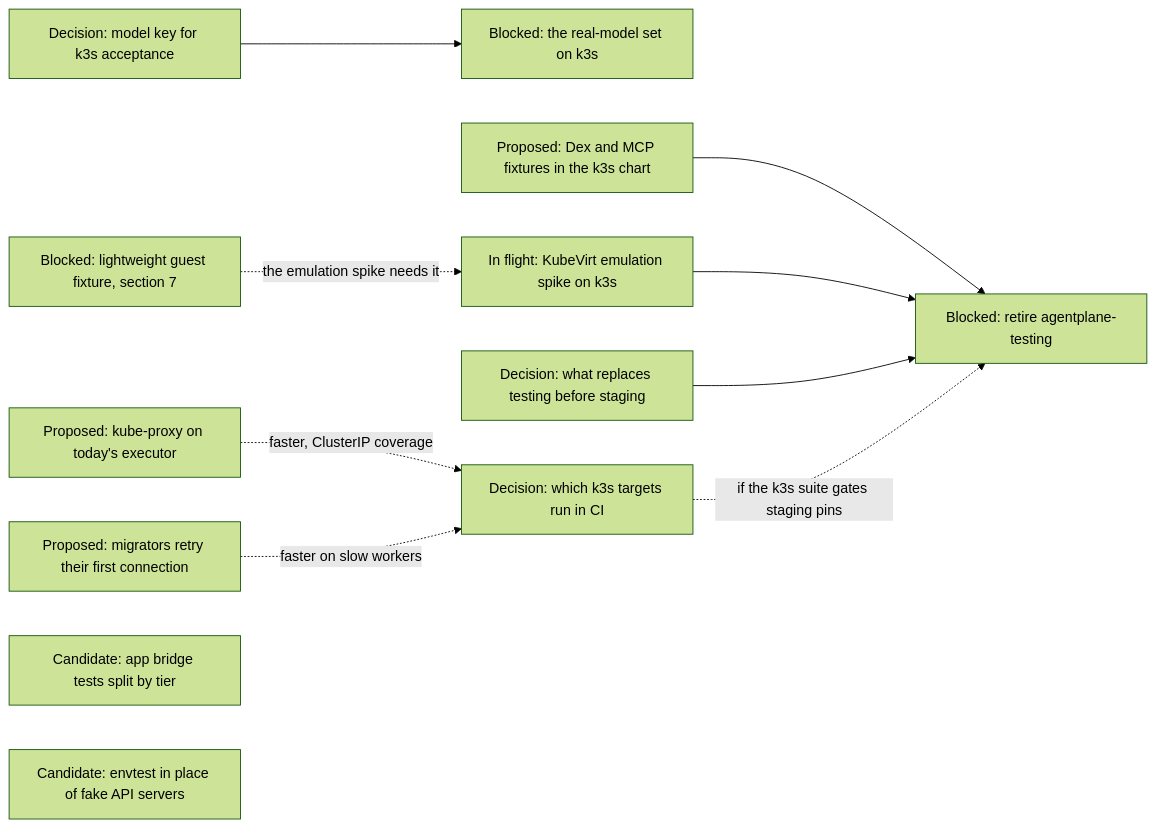
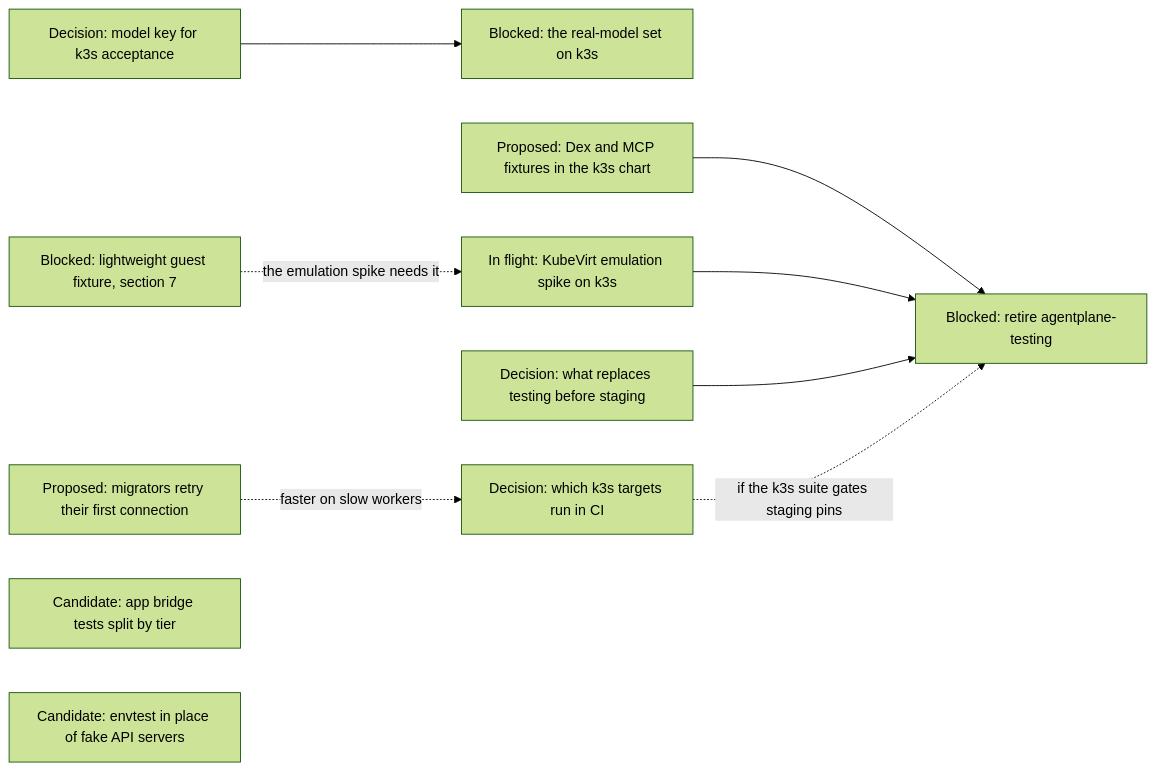
Before and after one commit to agentydragon-agent/ducktape: diagram 17 of 17 in agentplane/plans/task_dag.md, drawn with Mermaid (forest theme). The commit also changed other lines of this file and 26 other files, not shown here.

````diff
--- a/agentplane/plans/task_dag.md
+++ b/agentplane/plans/task_dag.md
@@ -1959,23 +1959,21 @@
 ```mermaid
 flowchart LR
     K3S_MODEL_CREDENTIALS[Decision: model key for k3s acceptance]
     K3S_MODEL_SCENARIOS[Blocked: the real-model set on k3s]
     K3S_FIXTURE_IDENTITY[Proposed: Dex and MCP fixtures in the k3s chart]
     K3S_VM_ACCEPTANCE[In flight: KubeVirt emulation spike on k3s]
     K3S_VM_IMAGE[Blocked: lightweight guest fixture, section 7]
     TESTING_ROLLOUT_ROLE[Decision: what replaces testing before staging]
     TESTING_ENVIRONMENT_RETIRE[Blocked: retire agentplane-testing]
-    K3S_KUBE_PROXY_RETEST[Proposed: kube-proxy on today's executor]
     K3S_MIGRATOR_CONNECT_RETRY[Proposed: migrators retry their first connection]
     K3S_CI_TIER[Decision: which k3s targets run in CI]
     APP_BRIDGE_TEST_SPLIT[Candidate: app bridge tests split by tier]
     FAKE_APISERVERS_TO_ENVTEST[Candidate: envtest in place of fake API servers]
     K3S_MODEL_CREDENTIALS --> K3S_MODEL_SCENARIOS
     K3S_VM_IMAGE -. the emulation spike needs it .-> K3S_VM_ACCEPTANCE
     K3S_FIXTURE_IDENTITY --> TESTING_ENVIRONMENT_RETIRE
     K3S_VM_ACCEPTANCE --> TESTING_ENVIRONMENT_RETIRE
     TESTING_ROLLOUT_ROLE --> TESTING_ENVIRONMENT_RETIRE
     K3S_CI_TIER -. if the k3s suite gates staging pins .-> TESTING_ENVIRONMENT_RETIRE
-    K3S_KUBE_PROXY_RETEST -. faster, ClusterIP coverage .-> K3S_CI_TIER
     K3S_MIGRATOR_CONNECT_RETRY -. faster on slow workers .-> K3S_CI_TIER
 ```
````
